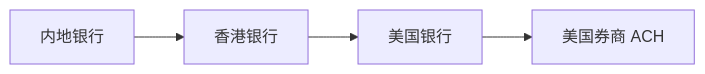
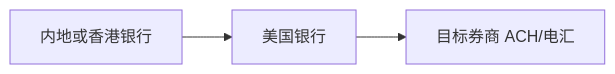
One commit to kola-official/Chinese-invest-USA-Stock changed the second of 2 diagrams in docs/04-入金路径.md. Above: the diagram before and after it, drawn with Mermaid. The commit also changed other lines of this file and 7 other files, not shown here.

````diff
--- a/docs/04-入金路径.md
+++ b/docs/04-入金路径.md
@@ -44,6 +40,5 @@
 ```mermaid
 flowchart LR
-  A["内地银行"] --> B["香港银行"]
-  B --> C["美国银行"]
-  C --> D["美国券商 ACH"]
+  A["内地或香港银行"] --> B["美国银行"]
+  B --> C["目标券商 ACH/电汇"]
 ```
````
